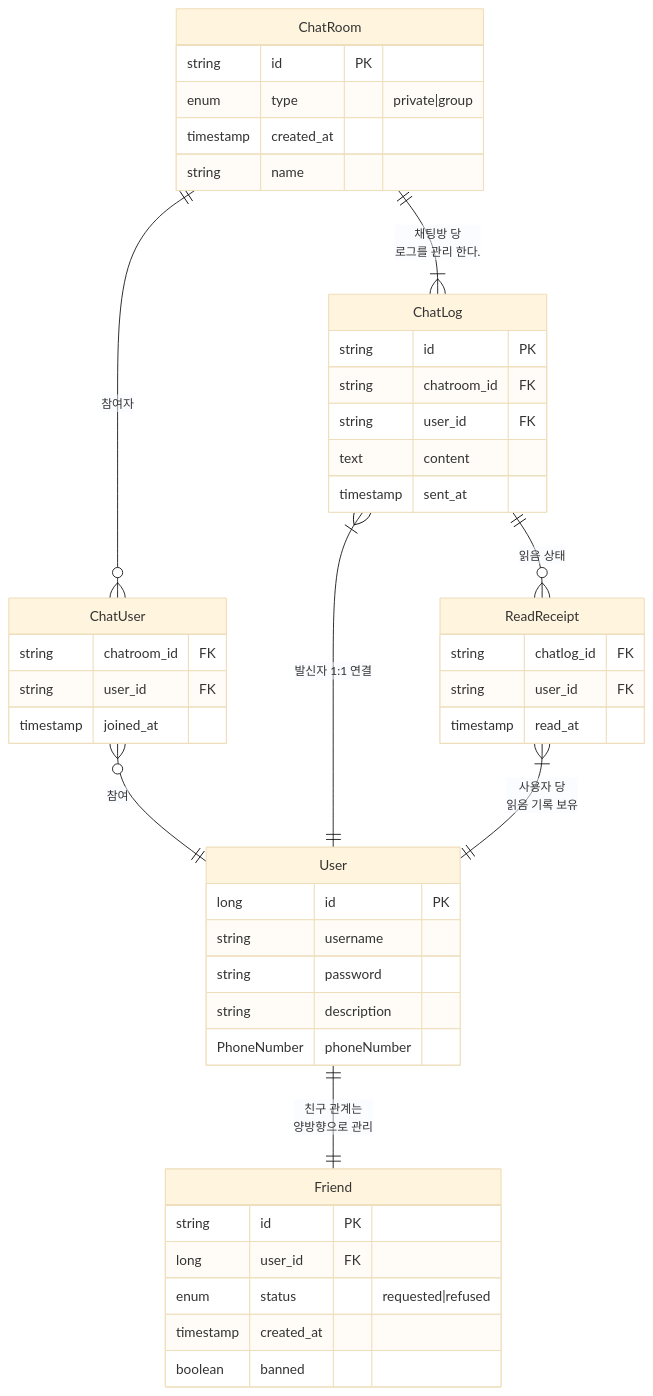
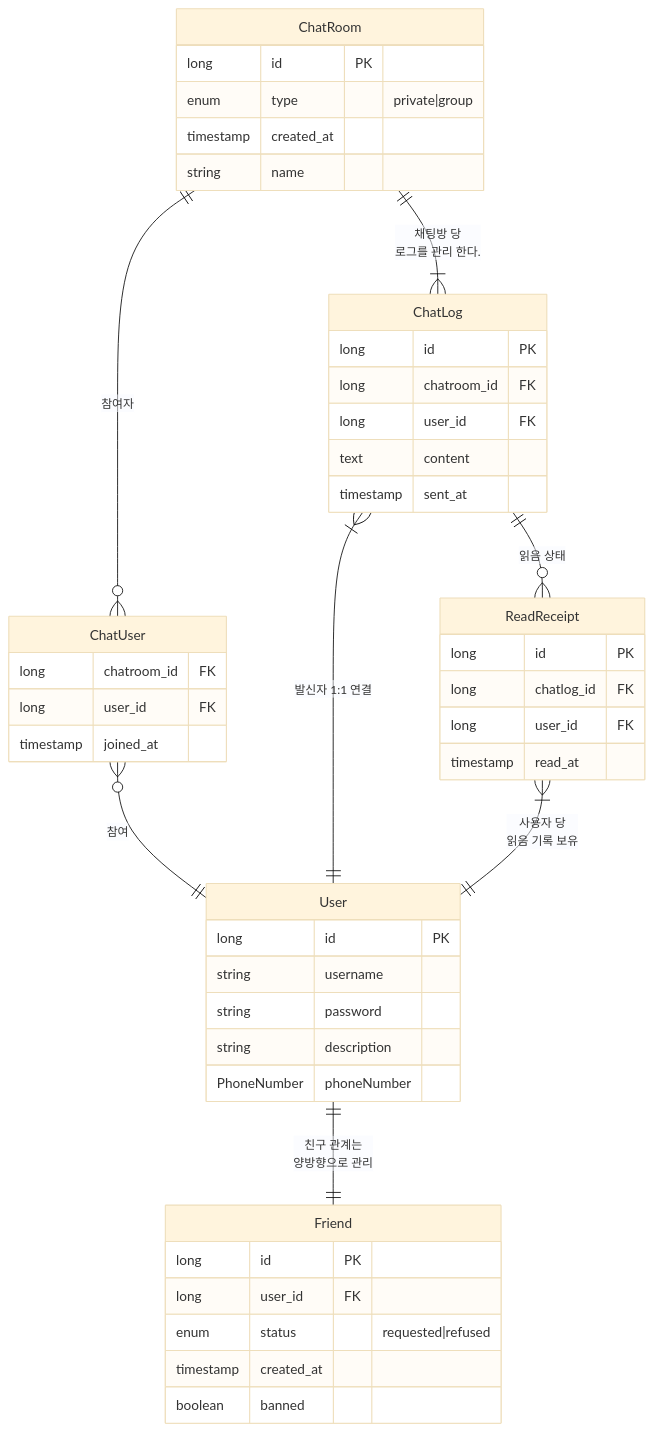
Before and after one commit to shurona/shrona-docs: the second of 2 diagrams in content/03. Spring/010. project/채팅 프로그램 제작 해보자.md, drawn with Mermaid (base theme). The commit also changed other lines of this file, not shown here.

Commit message:
Quartz sync: Apr 25, 2025, 5:02 PM

````diff
--- a/content/03. Spring/010. project/채팅 프로그램 제작 해보자.md
+++ b/content/03. Spring/010. project/채팅 프로그램 제작 해보자.md
@@ -26,61 +27,62 @@
 ```mermaid
 erDiagram
 
 	%% 유저 %%
     User {
         long id PK
         string username
         string password
         string description
         PhoneNumber phoneNumber
     }    
 	
     %% 채팅 시스템 %%
     ChatRoom {
-        string id PK
+        long id PK
         enum type "private|group"
         timestamp created_at
         string name
     }
 
     %% 관계 테이블 %%
     Friend {
-        string id PK
+        long id PK
         long user_id FK
         enum status "requested|refused"
         timestamp created_at
         boolean banned
     }
 
     ChatUser {
-        string chatroom_id FK
-        string user_id FK
+        long chatroom_id FK
+        long user_id FK
         timestamp joined_at
     }
 
     ChatLog {
-        string id PK
-        string chatroom_id FK
-        string user_id FK
+        long id PK
+        long chatroom_id FK
+        long user_id FK
         text content
         timestamp sent_at
     }
 
     ReadReceipt {
-        string chatlog_id FK
-        string user_id FK
+	    long id PK
+        long chatlog_id FK
+        long user_id FK
         timestamp read_at
     }
 
 	%% 관계 설명 - 1 %%
 	ChatRoom ||--o{ ChatUser : "참여자"
     ChatLog ||--o{ ReadReceipt : "읽음 상태"
     
     %% 관계 설명 - 2 %%
     ChatUser }o--|| User : "참여"
     User ||--|| Friend : "친구 관계는<br/>양방향으로 관리"
     ChatRoom ||--|{ ChatLog : "채팅방 당<br/>로그를 관리 한다."
     ChatLog }|--|| User : "발신자 1:1 연결"
     ReadReceipt }|--|| User : "사용자 당<br/>읽음 기록 보유"
 
 ```
````
